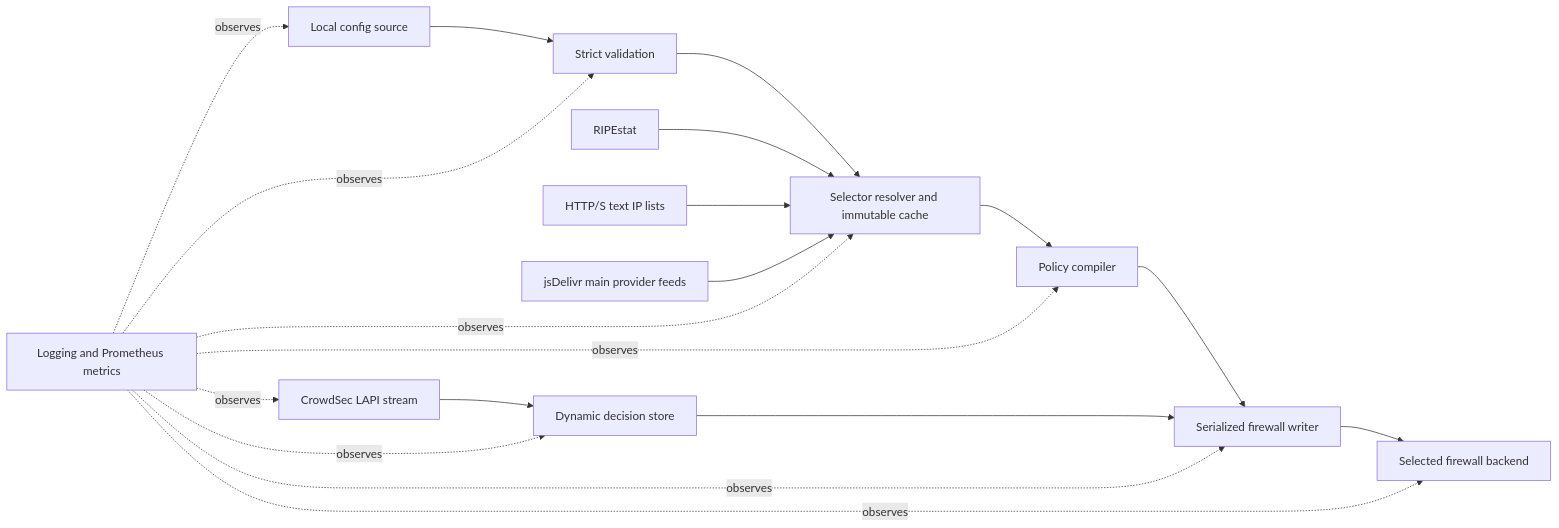
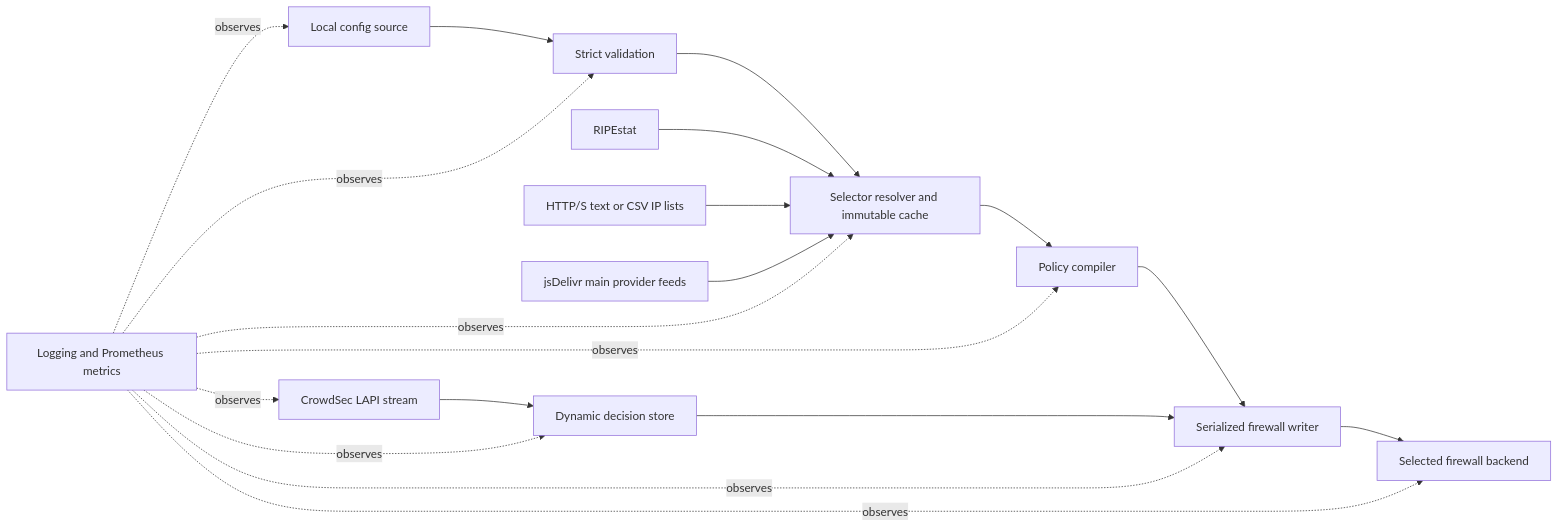
Before and after one commit to perimeterd/perimeterd: the first of 3 diagrams in docs/architecture.md, drawn with Mermaid. The commit also changed other lines of this file and 19 other files, not shown here.

First line of the commit message:
feat(ip-lists): support CSV columns and numeric filtering

````diff
--- a/docs/architecture.md
+++ b/docs/architecture.md
@@ -33,21 +33,21 @@
 ```mermaid
 flowchart LR
     CS[Local config source] --> V[Strict validation]
     V --> R[Selector resolver and immutable cache]
     R --> C[Policy compiler]
     RIPE[RIPEstat] --> R
-    TXT[HTTP/S text IP lists] --> R
+    TXT[HTTP/S text or CSV IP lists] --> R
     PROVIDERS[jsDelivr main provider feeds] --> R
     L[CrowdSec LAPI stream] --> D[Dynamic decision store]
     C --> W[Serialized firewall writer]
     D --> W
     W --> B[Selected firewall backend]
     O[Logging and Prometheus metrics] -. observes .-> CS
     O -. observes .-> V
     O -. observes .-> R
     O -. observes .-> C
     O -. observes .-> L
     O -. observes .-> D
     O -. observes .-> W
     O -. observes .-> B
 ```
````
